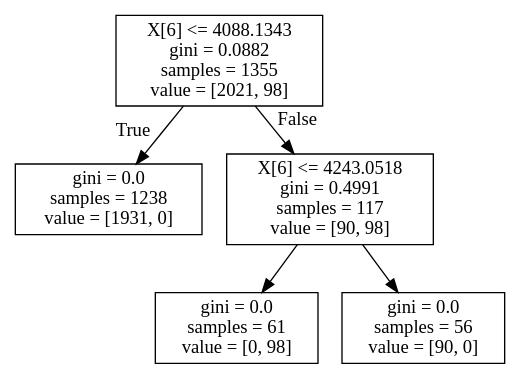
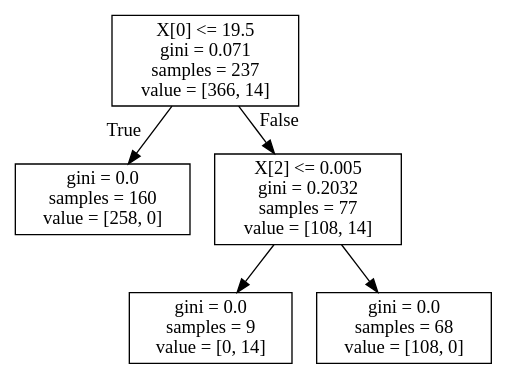
One commit to imwack/facebook changed the diagram in 3.dot. Above: the diagram before and after it, drawn with Graphviz. The commit also changed 23 other files, not shown here.

```diff
--- a/3.dot
+++ b/3.dot
@@ -1,12 +1,12 @@
 digraph Tree {
 node [shape=box] ;
-0 [label="X[6] <= 4088.1343\ngini = 0.0882\nsamples = 1355\nvalue = [2021, 98]"] ;
-1 [label="gini = 0.0\nsamples = 1238\nvalue = [1931, 0]"] ;
+0 [label="X[0] <= 19.5\ngini = 0.071\nsamples = 237\nvalue = [366, 14]"] ;
+1 [label="gini = 0.0\nsamples = 160\nvalue = [258, 0]"] ;
 0 -> 1 [labeldistance=2.5, labelangle=45, headlabel="True"] ;
-2 [label="X[6] <= 4243.0518\ngini = 0.4991\nsamples = 117\nvalue = [90, 98]"] ;
+2 [label="X[2] <= 0.005\ngini = 0.2032\nsamples = 77\nvalue = [108, 14]"] ;
 0 -> 2 [labeldistance=2.5, labelangle=-45, headlabel="False"] ;
-3 [label="gini = 0.0\nsamples = 61\nvalue = [0, 98]"] ;
+3 [label="gini = 0.0\nsamples = 9\nvalue = [0, 14]"] ;
 2 -> 3 ;
-4 [label="gini = 0.0\nsamples = 56\nvalue = [90, 0]"] ;
+4 [label="gini = 0.0\nsamples = 68\nvalue = [108, 0]"] ;
 2 -> 4 ;
 }
```
